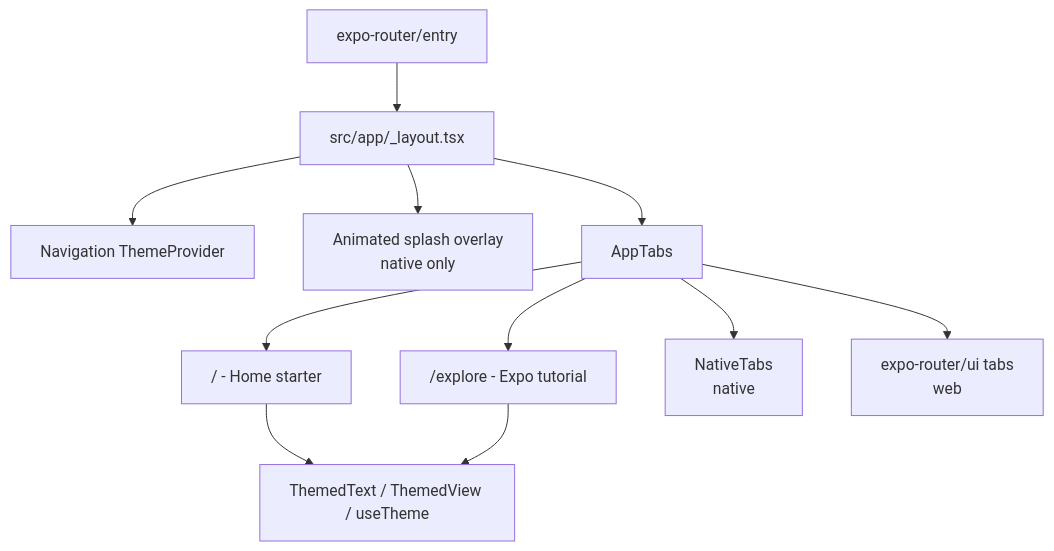
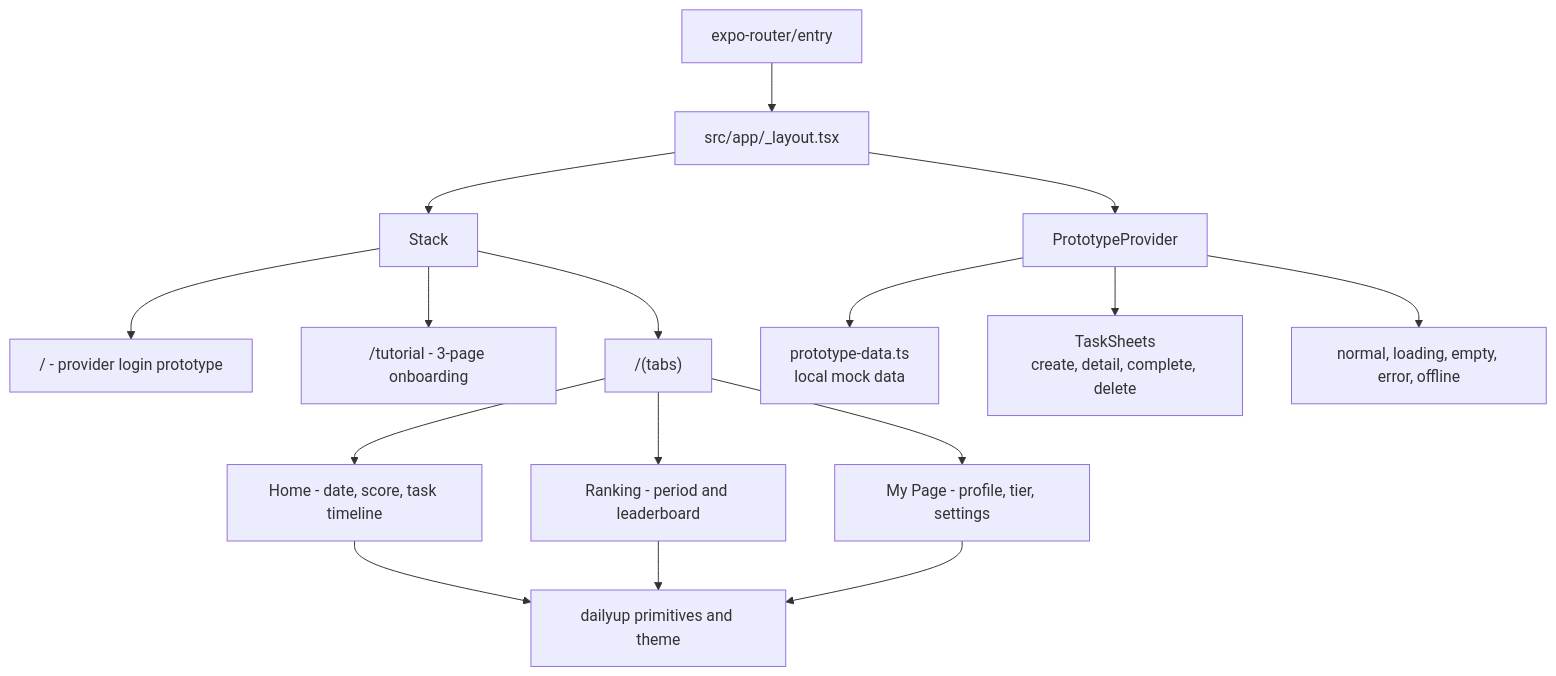
Before and after one commit to LeeHYn/DSM: the second of 7 diagrams in .ai/docs/2026-07-15-current-project-architecture.md, drawn with Mermaid. The commit also changed other lines of this file and 6 other files, not shown here.

````diff
--- a/.ai/docs/2026-07-15-current-project-architecture.md
+++ b/.ai/docs/2026-07-15-current-project-architecture.md
@@ -107,13 +111,18 @@
 ```mermaid
 flowchart TD
     E["expo-router/entry"] --> L["src/app/_layout.tsx"]
-    L --> T["Navigation ThemeProvider"]
-    L --> SP["Animated splash overlay<br/>native only"]
-    L --> TAB["AppTabs"]
-    TAB --> H["/ - Home starter"]
-    TAB --> X["/explore - Expo tutorial"]
-    TAB --> N["NativeTabs<br/>native"]
-    TAB --> W["expo-router/ui tabs<br/>web"]
-    H --> UI["ThemedText / ThemedView / useTheme"]
-    X --> UI
+    L --> P["PrototypeProvider"]
+    L --> S["Stack"]
+    S --> LOGIN["/ - provider login prototype"]
+    S --> TUTORIAL["/tutorial - 3-page onboarding"]
+    S --> TABS["/(tabs)"]
+    TABS --> HOME["Home - date, score, task timeline"]
+    TABS --> RANK["Ranking - period and leaderboard"]
+    TABS --> MY["My Page - profile, tier, settings"]
+    P --> DATA["prototype-data.ts<br/>local mock data"]
+    P --> SHEETS["TaskSheets<br/>create, detail, complete, delete"]
+    P --> STATES["normal, loading, empty, error, offline"]
+    HOME --> UI["dailyup primitives and theme"]
+    RANK --> UI
+    MY --> UI
 ```
````
